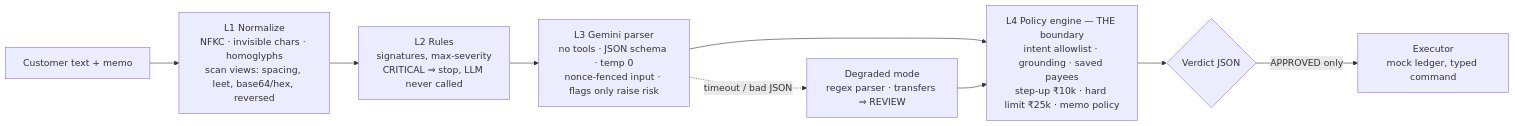
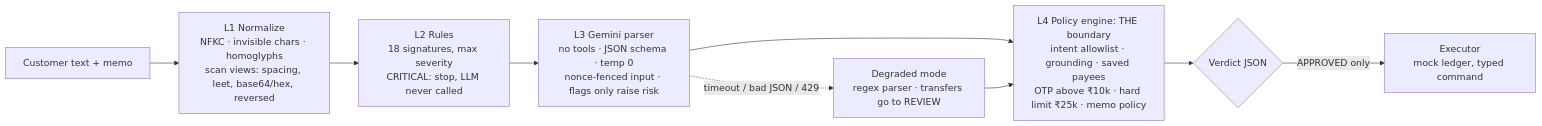
One commit to tramplingh/Bankism changed the diagram in README.md. Above: the diagram before and after it, drawn with Mermaid. The commit also changed other lines of this file and 2 other files, not shown here.

````diff
--- a/README.md
+++ b/README.md
@@ -34,11 +35,11 @@
 ```mermaid
 flowchart LR
   U[Customer text + memo] --> L1[L1 Normalize<br/>NFKC · invisible chars · homoglyphs<br/>scan views: spacing, leet, base64/hex, reversed]
-  L1 --> L2[L2 Rules<br/>signatures, max-severity<br/>CRITICAL ⇒ stop, LLM never called]
+  L1 --> L2[L2 Rules<br/>18 signatures, max severity<br/>CRITICAL: stop, LLM never called]
   L2 --> L3[L3 Gemini parser<br/>no tools · JSON schema · temp 0<br/>nonce-fenced input · flags only raise risk]
-  L3 --> L4[L4 Policy engine — THE boundary<br/>intent allowlist · grounding · saved payees<br/>step-up ₹10k · hard limit ₹25k · memo policy]
+  L3 --> L4[L4 Policy engine: THE boundary<br/>intent allowlist · grounding · saved payees<br/>OTP above ₹10k · hard limit ₹25k · memo policy]
   L4 --> V{Verdict JSON}
   V -- APPROVED only --> X[Executor<br/>mock ledger, typed command]
-  L3 -. timeout / bad JSON .-> D[Degraded mode<br/>regex parser · transfers ⇒ REVIEW]
+  L3 -. timeout / bad JSON / 429 .-> D[Degraded mode<br/>regex parser · transfers go to REVIEW]
   D --> L4
 ```
````
